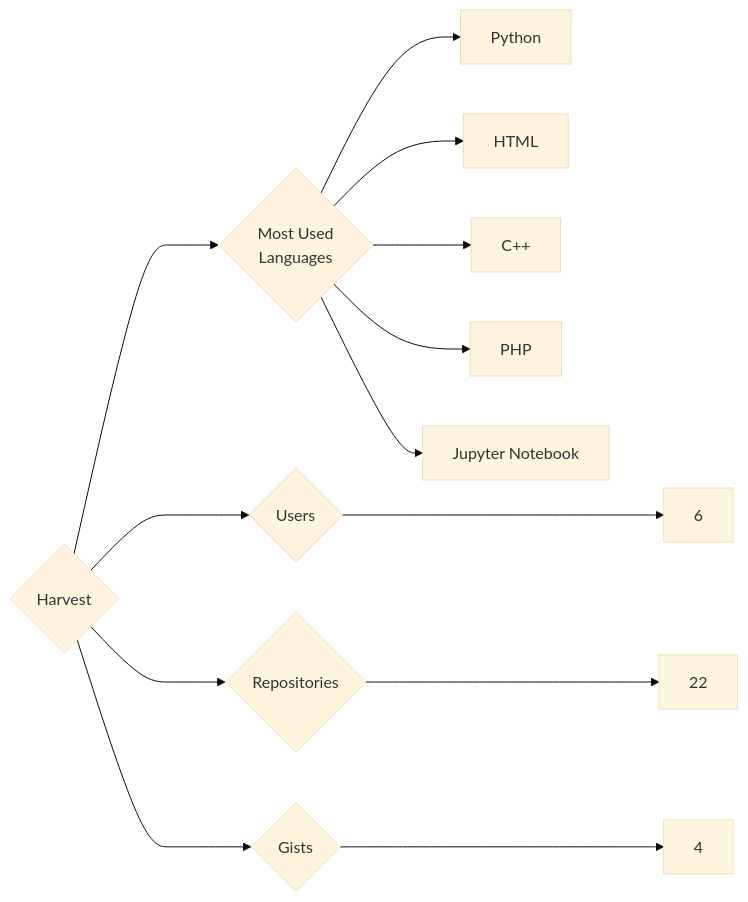
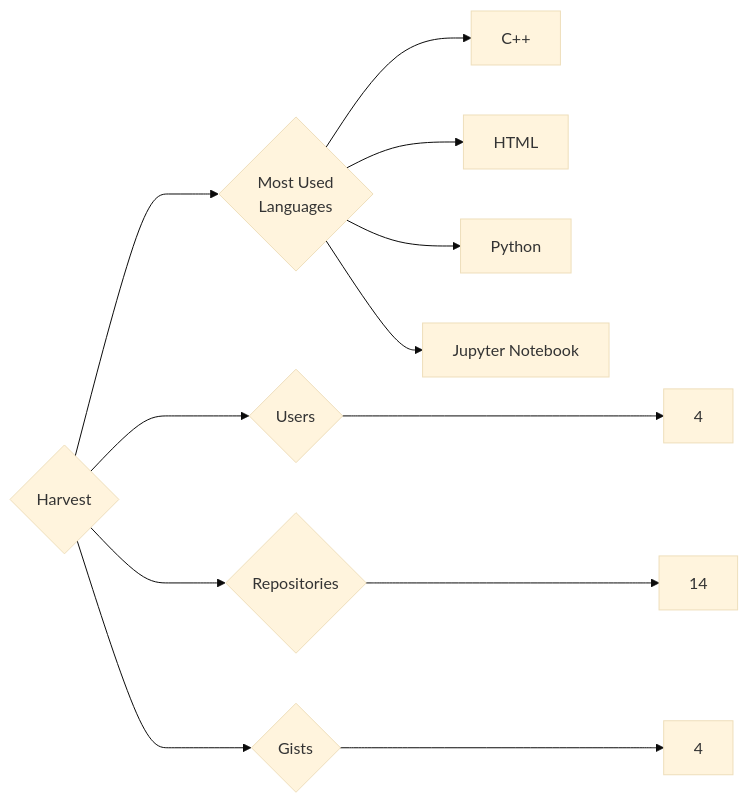
One commit to trickest/insiders changed the diagram in targets/Harvest/README.md. Above: the diagram before and after it, drawn with Mermaid (base theme). The commit also changed 873 other files, not shown here.

````diff
--- a/targets/Harvest/README.md
+++ b/targets/Harvest/README.md
@@ -3,13 +3,12 @@
 ```mermaid
 graph LR
 COMPANY_NAME{Harvest}
-COMPANY_NAME ---> U{Users} ---> UN[6]
-COMPANY_NAME ---> R{Repositories} ---> RN[22]
+COMPANY_NAME ---> U{Users} ---> UN[4]
+COMPANY_NAME ---> R{Repositories} ---> RN[14]
 COMPANY_NAME ---> G{Gists} ---> GN[4]
 COMPANY_NAME ---> ML{Most Used<br>Languages}
+ML --> C++[C++]
+ML --> HTML[HTML]
 ML --> Python[Python]
-ML --> HTML[HTML]
-ML --> C++[C++]
-ML --> PHP[PHP]
 ML --> Jupyter_Notebook[Jupyter Notebook]
 ```
````
